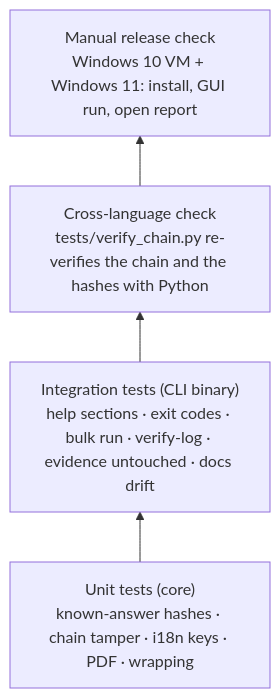
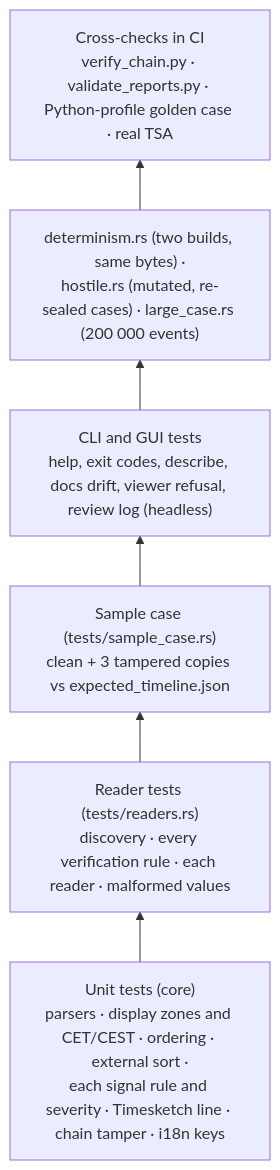
The third of 5 diagrams in docs/development.md (Panacota96/rv-timeline), drawn with Mermaid before and after one commit. The commit also changed other lines of this file and 984 other files, not shown here.

First line of the commit message:
feat: RV Timeline v0.1 — cited case timeline from the Rakvor tools' outputs (#3)

````diff
--- a/docs/development.md
+++ b/docs/development.md
@@ -19,7 +173,9 @@
 ```mermaid
 flowchart BT
-    U["Unit tests (core)<br/>known-answer hashes · chain tamper · i18n keys · PDF · wrapping"] --> I
-    I["Integration tests (CLI binary)<br/>help sections · exit codes · bulk run · verify-log · evidence untouched · docs drift"] --> X
-    X["Cross-language check<br/>tests/verify_chain.py re-verifies the chain and the hashes with Python"] --> M
-    M["Manual release check<br/>Windows 10 VM + Windows 11: install, GUI run, open report"]
+    U["Unit tests (core)<br/>parsers · display zones and CET/CEST · ordering · external sort ·<br/>each signal rule and severity · Timesketch line · chain tamper · i18n keys"] --> R
+    R["Reader tests (tests/readers.rs)<br/>discovery · every verification rule · each reader · malformed values"] --> S
+    S["Sample case (tests/sample_case.rs)<br/>clean + 3 tampered copies vs expected_timeline.json"] --> I
+    I["CLI and GUI tests<br/>help, exit codes, describe, docs drift, viewer refusal, review log (headless)"] --> D
+    D["determinism.rs (two builds, same bytes) ·<br/>hostile.rs (mutated, re-sealed cases) · large_case.rs (200 000 events)"] --> X
+    X["Cross-checks in CI<br/>verify_chain.py · validate_reports.py · Python-profile golden case · real TSA"]
 ```
````
